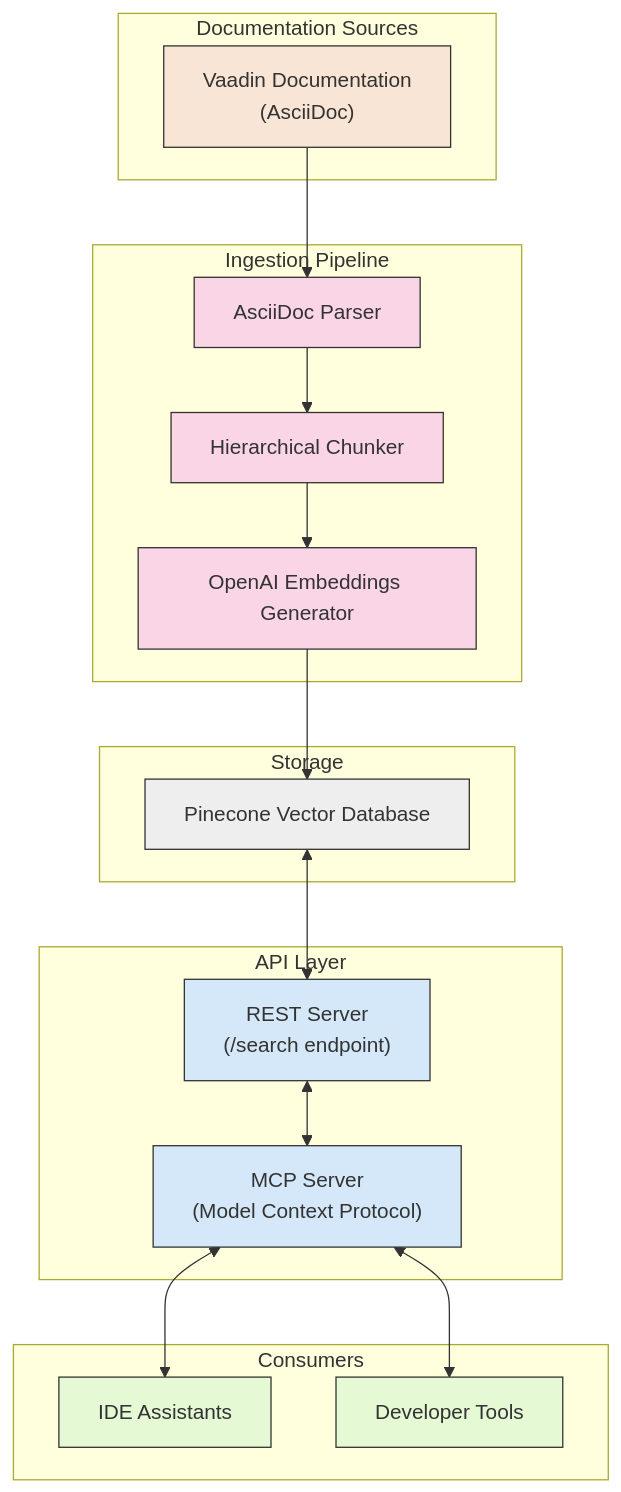
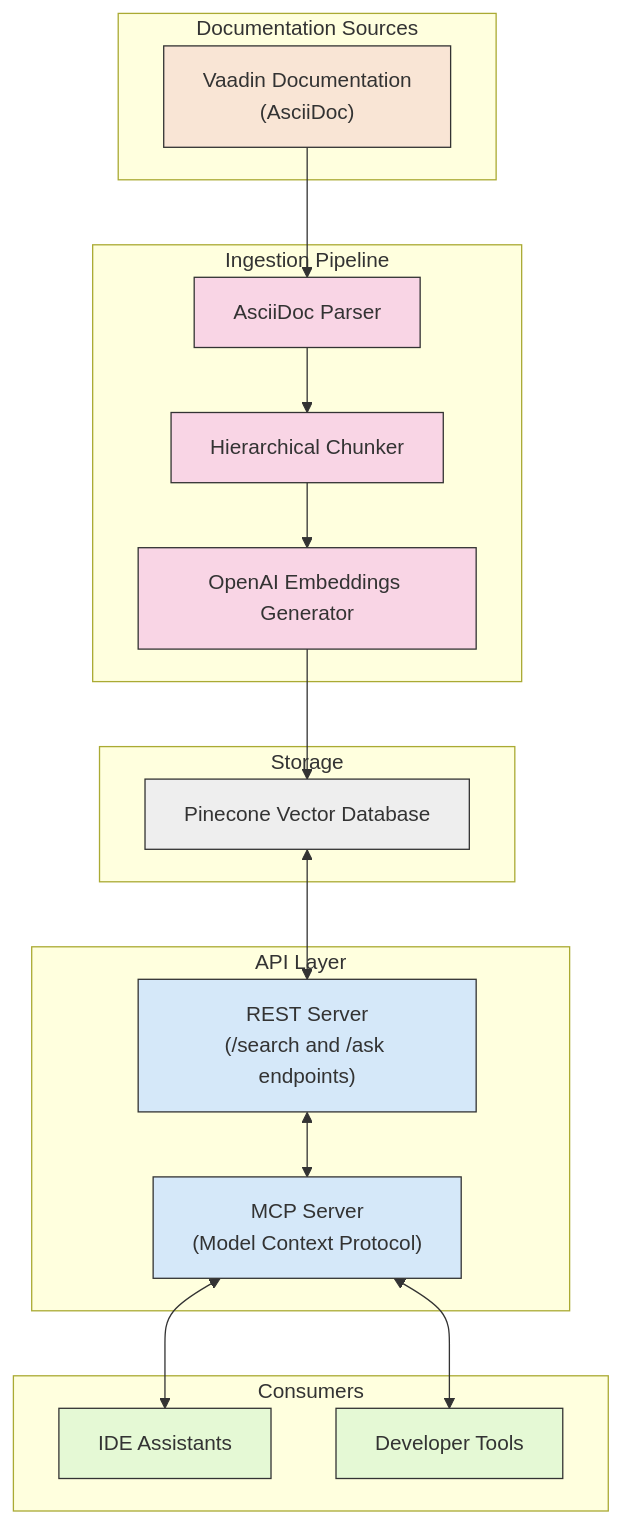
The diagram in README.md (vaadin/vaadin-mcp), drawn with Mermaid before and after one commit. The commit also changed other lines of this file and 2 other files, not shown here.

Commit message:
add ask endpoint to rest server

````diff
--- a/README.md
+++ b/README.md
@@ -53,48 +54,48 @@
 ```mermaid
 flowchart TD
     subgraph "Documentation Sources"
         VaadinDocs["Vaadin Documentation\n(AsciiDoc)"]
     end
 
     subgraph "Ingestion Pipeline"
         Parser["AsciiDoc Parser"]
         Chunker["Hierarchical Chunker"]
         Embedder["OpenAI Embeddings Generator"]
     end
 
     subgraph "Storage"
         Pinecone["Pinecone Vector Database"]
     end
 
     subgraph "API Layer"
-        REST["REST Server\n(/search endpoint)"]
+        REST["REST Server\n(/search and /ask endpoints)"]
         MCP["MCP Server\n(Model Context Protocol)"]
     end
 
     subgraph "Consumers"
         IDE["IDE Assistants"]
         Tools["Developer Tools"]
     end
 
     VaadinDocs --> Parser
     Parser --> Chunker
     Chunker --> Embedder
     Embedder --> Pinecone
     
     Pinecone <--> REST
     REST <--> MCP
     MCP <--> IDE
     MCP <--> Tools
 
     classDef pipeline fill:#f9d5e5,stroke:#333,stroke-width:1px;
     classDef storage fill:#eeeeee,stroke:#333,stroke-width:1px;
     classDef api fill:#d5e8f9,stroke:#333,stroke-width:1px;
     classDef consumer fill:#e5f9d5,stroke:#333,stroke-width:1px;
     classDef docs fill:#f9e5d5,stroke:#333,stroke-width:1px;
 
     class VaadinDocs docs;
     class Parser,Chunker,Embedder pipeline;
     class Pinecone storage;
     class REST,MCP api;
     class IDE,Tools consumer;
 ```
````
